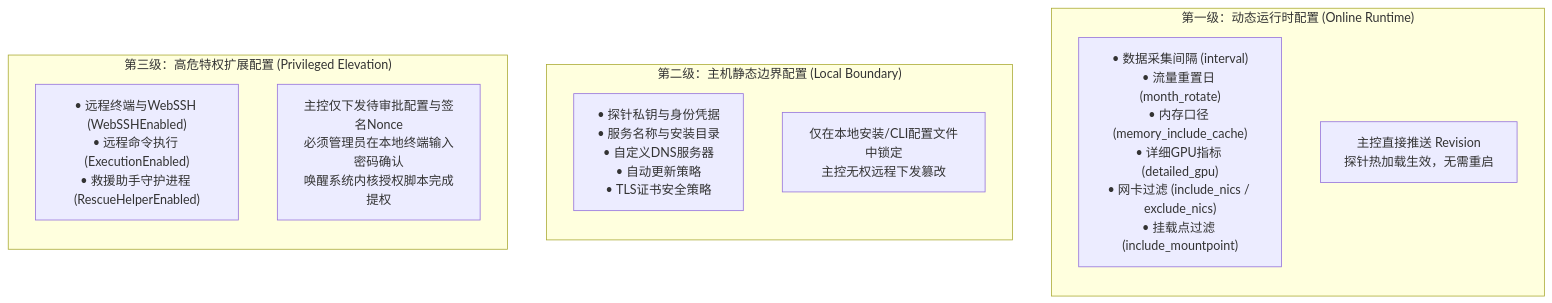
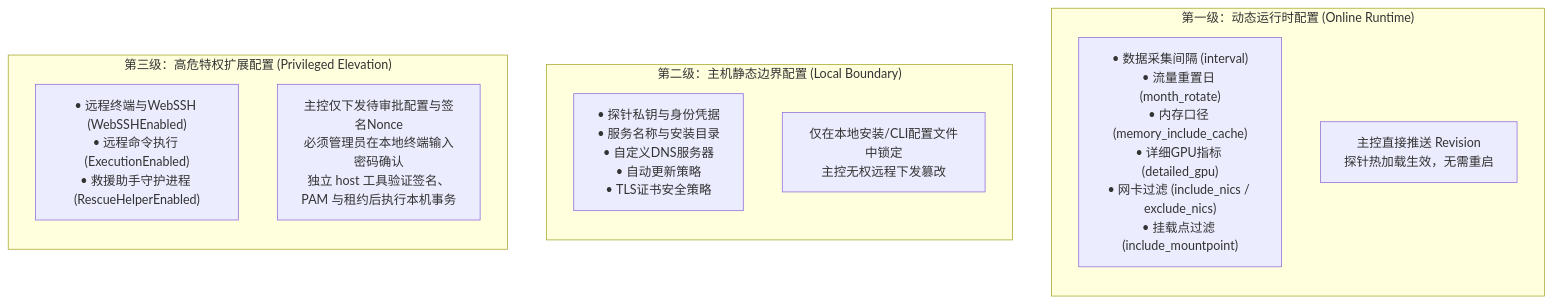
Before and after one commit to r11234567/komari-agent: the diagram in readme.md, drawn with Mermaid. The commit also changed other lines of this file and 34 other files, not shown here.

````diff
--- a/readme.md
+++ b/readme.md
@@ -131,20 +131,20 @@
 ```mermaid
 flowchart TD
     subgraph L1["第一级：动态运行时配置 (Online Runtime)"]
         direction TB
         L1_items["• 数据采集间隔 (interval)<br/>• 流量重置日 (month_rotate)<br/>• 内存口径 (memory_include_cache)<br/>• 详细GPU指标 (detailed_gpu)<br/>• 网卡过滤 (include_nics / exclude_nics)<br/>• 挂载点过滤 (include_mountpoint)"]
         L1_flow["主控直接推送 Revision<br/>探针热加载生效，无需重启"]
     end
 
     subgraph L2["第二级：主机静态边界配置 (Local Boundary)"]
         direction TB
         L2_items["• 探针私钥与身份凭据<br/>• 服务名称与安装目录<br/>• 自定义DNS服务器<br/>• 自动更新策略<br/>• TLS证书安全策略"]
         L2_flow["仅在本地安装/CLI配置文件中锁定<br/>主控无权远程下发篡改"]
     end
 
     subgraph L3["第三级：高危特权扩展配置 (Privileged Elevation)"]
         direction TB
         L3_items["• 远程终端与WebSSH (WebSSHEnabled)<br/>• 远程命令执行 (ExecutionEnabled)<br/>• 救援助手守护进程 (RescueHelperEnabled)"]
-        L3_flow["主控仅下发待审批配置与签名Nonce<br/>必须管理员在本地终端输入密码确认<br/>唤醒系统内核授权脚本完成提权"]
+        L3_flow["主控仅下发待审批配置与签名Nonce<br/>必须管理员在本地终端输入密码确认<br/>独立 host 工具验证签名、PAM 与租约后执行本机事务"]
     end
 ```
````
